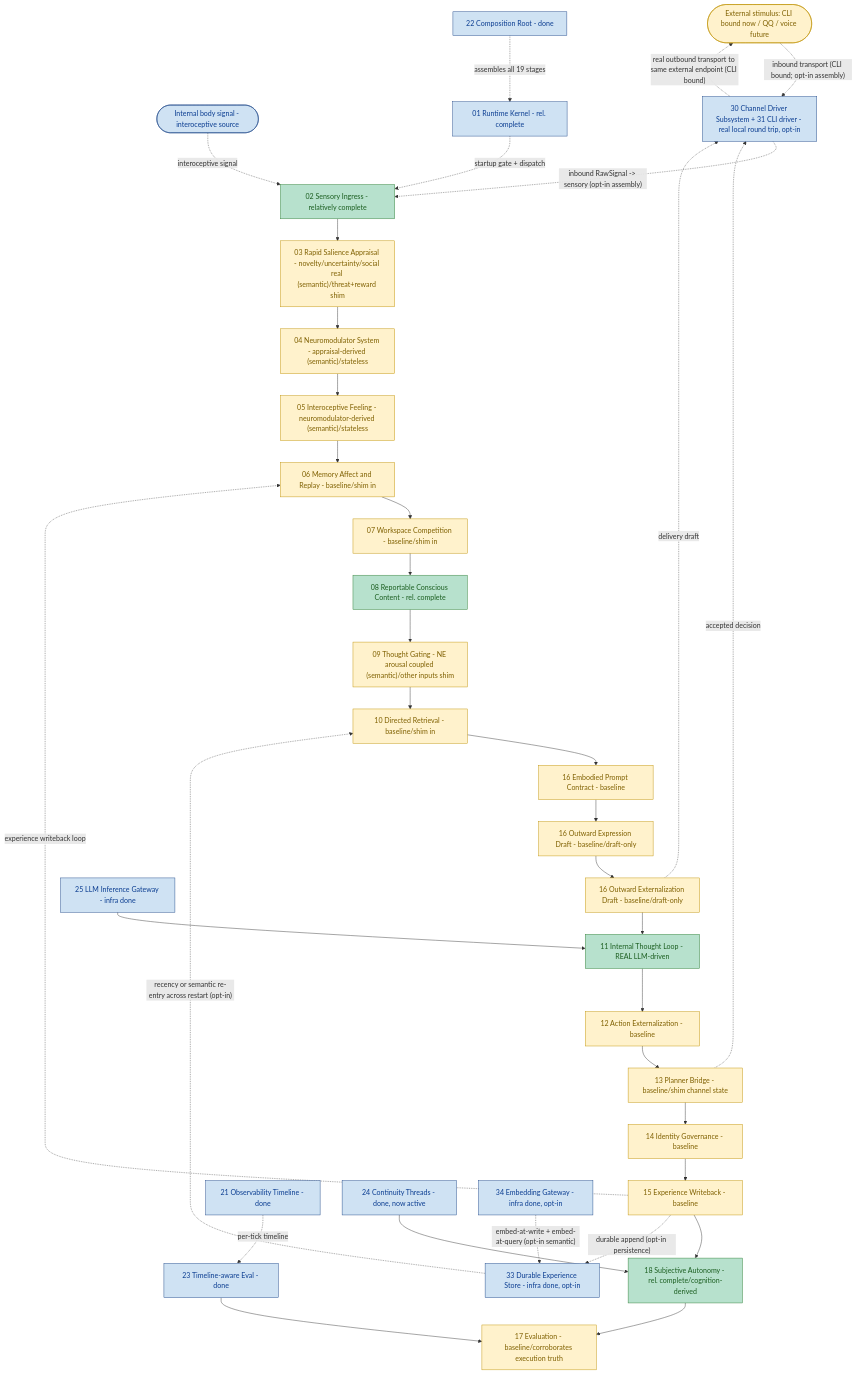
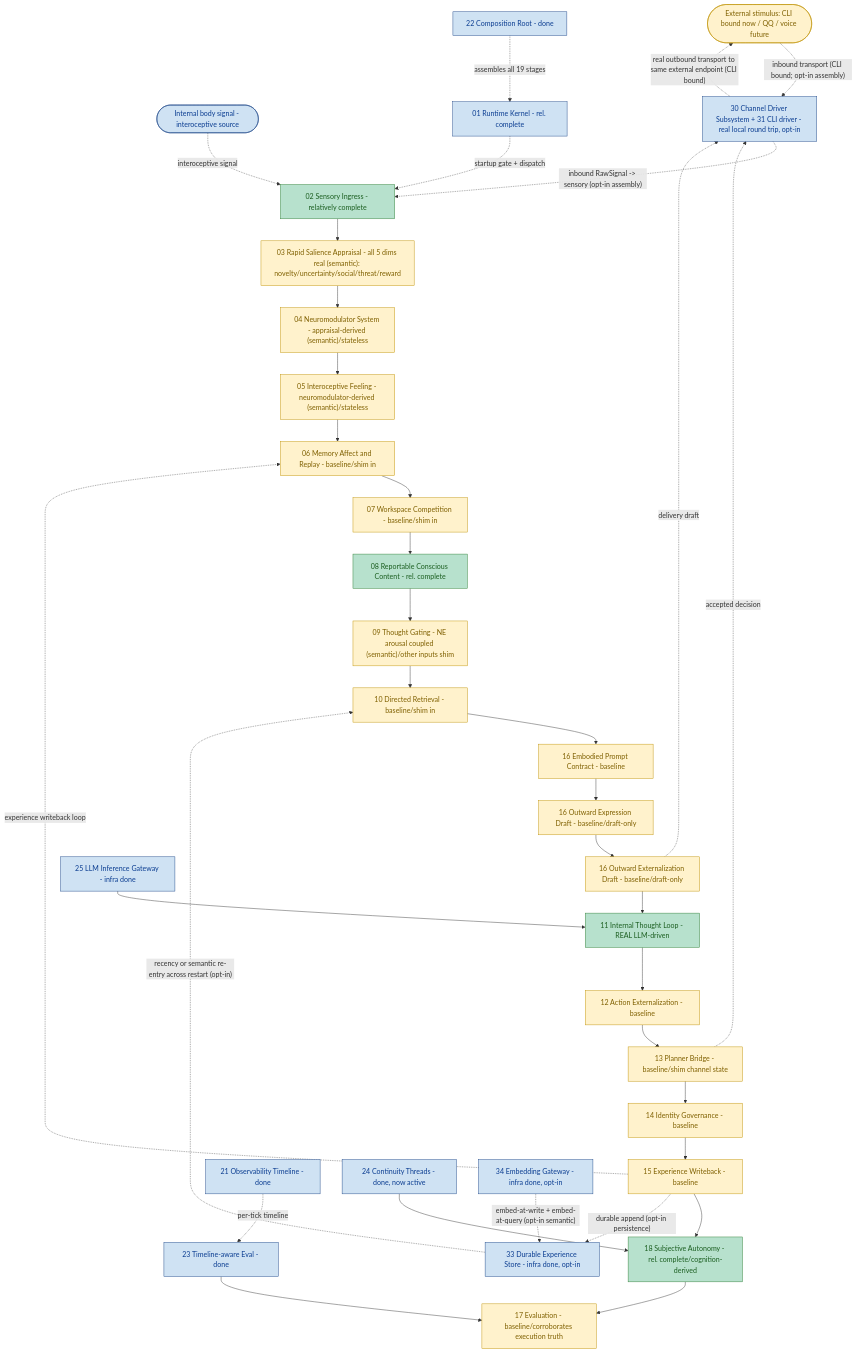
Before and after one commit to embalmer-Y/helios: the diagram in helios_v2/docs/PROGRESS_FLOW.en.md, drawn with Mermaid. The commit also changed other lines of this file and 15 other files, not shown here.

````diff
--- a/helios_v2/docs/PROGRESS_FLOW.en.md
+++ b/helios_v2/docs/PROGRESS_FLOW.en.md
@@ -36,60 +36,60 @@
 ```mermaid
 flowchart TD
     classDef deep fill:#b7e1cd,stroke:#2e7d32,color:#1b5e20
     classDef base fill:#fff2cc,stroke:#bf9000,color:#7f6000
     classDef infra fill:#cfe2f3,stroke:#1c4587,color:#0b3d91
     classDef gap fill:#f4cccc,stroke:#990000,color:#660000,stroke-dasharray: 5 5
 
     EXT([External stimulus: CLI bound now / QQ / voice future]):::base
     BODY([Internal body signal - interoceptive source]):::infra
     S02[02 Sensory Ingress - relatively complete]:::deep
-    S03["03 Rapid Salience Appraisal - novelty/uncertainty/social real (semantic)/threat+reward shim"]:::base
+    S03["03 Rapid Salience Appraisal - all 5 dims real (semantic): novelty/uncertainty/social/threat/reward"]:::base
     S04["04 Neuromodulator System - appraisal-derived (semantic)/stateless"]:::base
     S05["05 Interoceptive Feeling - neuromodulator-derived (semantic)/stateless"]:::base
     S06[06 Memory Affect and Replay - baseline/shim in]:::base
     S07[07 Workspace Competition - baseline/shim in]:::base
     S08[08 Reportable Conscious Content - rel. complete]:::deep
     S09["09 Thought Gating - NE arousal coupled (semantic)/other inputs shim"]:::base
     S10[10 Directed Retrieval - baseline/shim in]:::base
     S16P[16 Embodied Prompt Contract - baseline]:::base
     S16O[16 Outward Expression Draft - baseline/draft-only]:::base
     S16E[16 Outward Externalization Draft - baseline/draft-only]:::base
     S11[11 Internal Thought Loop - REAL LLM-driven]:::deep
     S12[12 Action Externalization - baseline]:::base
     S13[13 Planner Bridge - baseline/shim channel state]:::base
     S14[14 Identity Governance - baseline]:::base
     S15[15 Experience Writeback - baseline]:::base
     S18[18 Subjective Autonomy - rel. complete/cognition-derived]:::deep
     S17[17 Evaluation - baseline/corroborates execution truth]:::base
     CH["30 Channel Driver Subsystem + 31 CLI driver - real local round trip, opt-in"]:::infra
 
     S02 --> S03 --> S04 --> S05 --> S06 --> S07 --> S08 --> S09 --> S10
     S10 --> S16P --> S16O --> S16E --> S11
     S11 --> S12 --> S13 --> S14 --> S15 --> S18 --> S17
     EXT -. inbound transport (CLI bound; opt-in assembly) .-> CH
     BODY -. interoceptive signal .-> S02
     S13 -. accepted decision .-> CH
     S16E -. delivery draft .-> CH
     CH -. inbound RawSignal -> sensory (opt-in assembly) .-> S02
     CH -. real outbound transport to same external endpoint (CLI bound) .-> EXT
     S15 -. experience writeback loop .-> S06
 
     LLM[25 LLM Inference Gateway - infra done]:::infra
     LLM --> S11
 
     K01[01 Runtime Kernel - rel. complete]:::infra
     OBS[21 Observability Timeline - done]:::infra
     COMP[22 Composition Root - done]:::infra
     EV23[23 Timeline-aware Eval - done]:::infra
     TH24[24 Continuity Threads - done, now active]:::infra
     PER[33 Durable Experience Store - infra done, opt-in]:::infra
     EMB[34 Embedding Gateway - infra done, opt-in]:::infra
     K01 -. startup gate + dispatch .-> S02
     OBS -. per-tick timeline .-> EV23
     EV23 --> S17
     TH24 --> S18
     COMP -. assembles all 19 stages .-> K01
     S15 -. durable append (opt-in persistence) .-> PER
     PER -. recency or semantic re-entry across restart (opt-in) .-> S10
     EMB -. embed-at-write + embed-at-query (opt-in semantic) .-> PER
 ```
````
